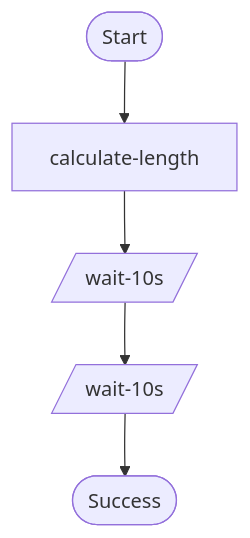
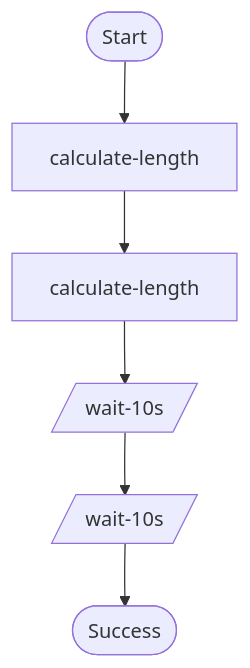
The diagram in examples/diagrams/hello_world.md (guyernest/lambda-durable-execution-rust), drawn with Mermaid before and after one commit. The commit also changed 34 other files, not shown here.

First line of the commit message:
feat(examples): add parallel_named + regenerate diagrams

````diff
--- a/examples/diagrams/hello_world.md
+++ b/examples/diagrams/hello_world.md
@@ -9,9 +9,10 @@
 ```mermaid
 flowchart TD
-    n_51318409_5c52_36_start([Start])
+    n_12f49d03_2094_3c_start([Start])
     n_05461beee7e26b4a_Step_2["calculate-length"]
-    n_3d452b3799674612_Wait_3[/"wait-10s"/]
-    n_3d452b3799674612_Wait_5[/"wait-10s"/]
-    n_51318409_5c52_36_end([Success])
-    n_51318409_5c52_36_start --> n_05461beee7e26b4a_Step_2 --> n_3d452b3799674612_Wait_3 --> n_3d452b3799674612_Wait_5 --> n_51318409_5c52_36_end
+    n_05461beee7e26b4a_Step_3["calculate-length"]
+    n_3d452b3799674612_Wait_4[/"wait-10s"/]
+    n_3d452b3799674612_Wait_6[/"wait-10s"/]
+    n_12f49d03_2094_3c_end([Success])
+    n_12f49d03_2094_3c_start --> n_05461beee7e26b4a_Step_2 --> n_05461beee7e26b4a_Step_3 --> n_3d452b3799674612_Wait_4 --> n_3d452b3799674612_Wait_6 --> n_12f49d03_2094_3c_end
 ```
````
